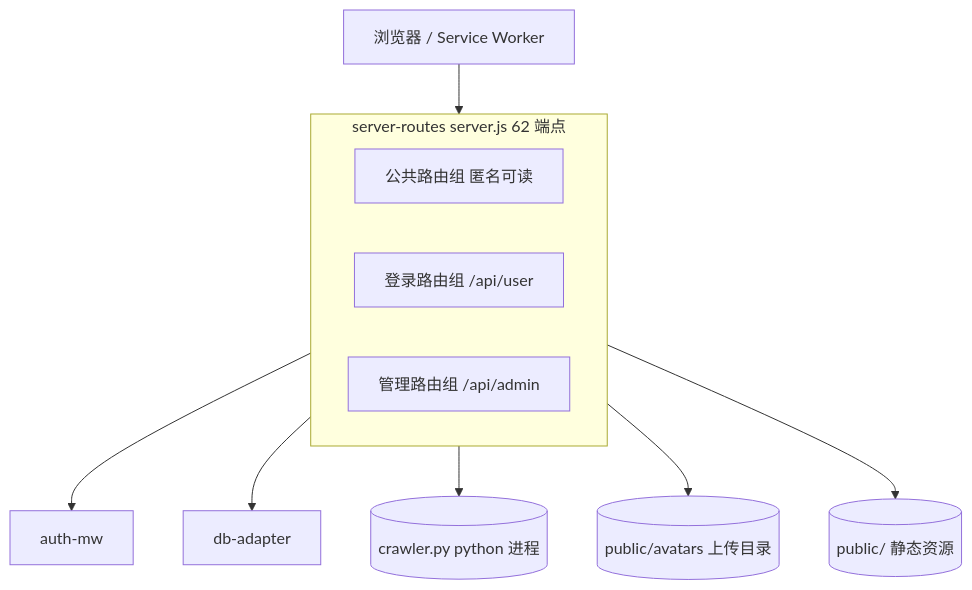
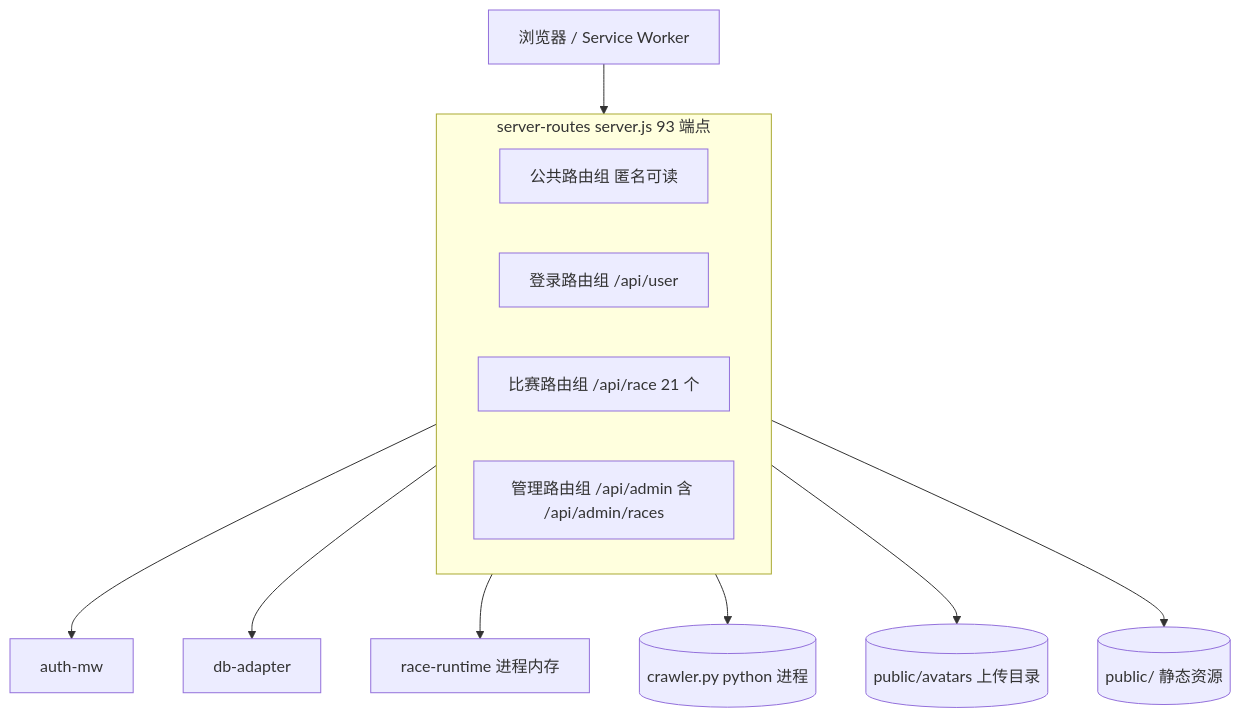
One commit to SliectStudio-official/SliectStudio-Typing changed the first of 10 diagrams in docs/模块图.md. Above: the diagram before and after it, drawn with Mermaid. The commit also changed other lines of this file and 4 other files, not shown here.

Commit message:
docs: 架构重写(93端点+比赛运行时) / 模块图补 race-runtime 与两张表 / 坑库终检 42 条 / P31 收尾批

````diff
--- a/docs/模块图.md
+++ b/docs/模块图.md
@@ -10,14 +10,16 @@
 ```mermaid
 flowchart TB
   BR[浏览器 / Service Worker] --> RT
-  subgraph RT[server-routes server.js 62 端点]
+  subgraph RT[server-routes server.js 93 端点]
     PUB[公共路由组 匿名可读]
     USR[登录路由组 /api/user]
-    ADM[管理路由组 /api/admin]
+    RCG[比赛路由组 /api/race 21 个]
+    ADM[管理路由组 /api/admin 含 /api/admin/races]
   end
   RT --> MW[auth-mw]
   RT --> DA[db-adapter]
+  RT --> RR[race-runtime 进程内存]
   RT --> PY[(crawler.py python 进程)]
   RT --> AV[(public/avatars 上传目录)]
   RT --> ST[(public/ 静态资源)]
 ```
````
